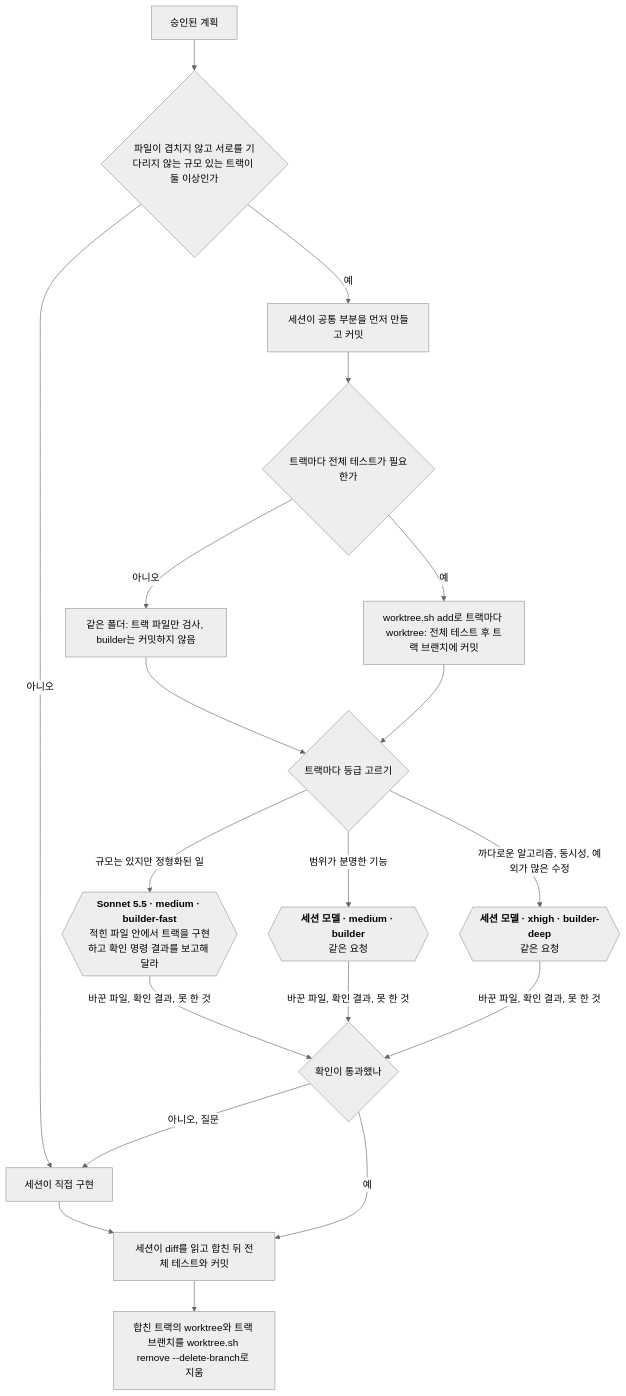
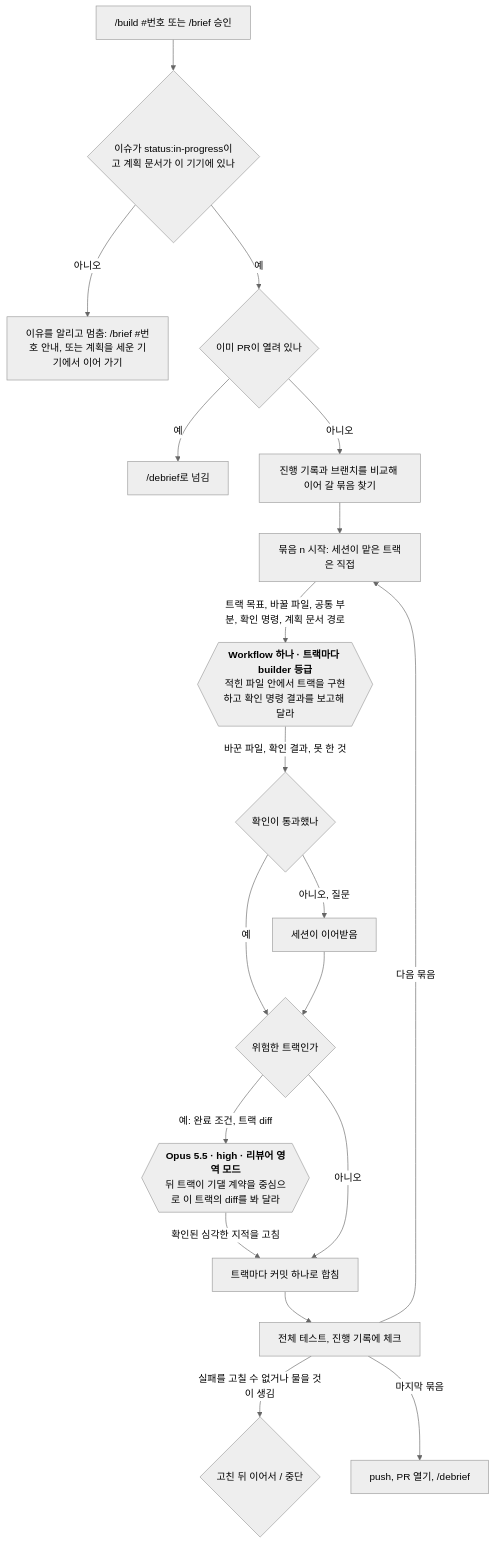
The sixth of 8 diagrams in docs/system/flows.md (dincal/agent_logbook), drawn with Mermaid (neutral theme) before and after one commit. The commit also changed other lines of this file and 8 other files, not shown here.

````diff
--- a/docs/system/flows.md
+++ b/docs/system/flows.md
@@ -154,21 +167,23 @@
 ```mermaid
 flowchart TD
-  P["승인된 계획"] --> Q{"파일이 겹치지 않고 서로를 기다리지 않는 규모 있는 트랙이 둘 이상인가"}
-  Q -->|"아니오"| M["세션이 직접 구현"]
-  Q -->|"예"| S["세션이 공통 부분을 먼저 만들고 커밋"]
-  S --> WT{"트랙마다 전체 테스트가 필요한가"}
-  WT -->|"아니오"| SH["같은 폴더: 트랙 파일만 검사, builder는 커밋하지 않음"] --> E
-  WT -->|"예"| OW["worktree.sh add로 트랙마다 worktree: 전체 테스트 후 트랙 브랜치에 커밋"] --> E
-  E{"트랙마다 등급 고르기"}
-  E -->|"규모는 있지만 정형화된 일"| B1{{"`**Sonnet 5.5 · medium · builder-fast**
+  ST["/build #번호 또는 /brief 승인"] --> CK{"이슈가 status:in-progress이고 계획 문서가 이 기기에 있나"}
+  CK -->|"아니오"| STOP["이유를 알리고 멈춤: /brief #번호 안내, 또는 계획을 세운 기기에서 이어 가기"]
+  CK -->|"예"| WH{"이미 PR이 열려 있나"}
+  WH -->|"예"| DBR["/debrief로 넘김"]
+  WH -->|"아니오"| RS["진행 기록과 브랜치를 비교해 이어 갈 묶음 찾기"]
+  RS --> W["묶음 n 시작: 세션이 맡은 트랙은 직접"]
+  W -->|"트랙 목표, 바꿀 파일, 공통 부분, 확인 명령, 계획 문서 경로"| WF{{"`**Workflow 하나 · 트랙마다 builder 등급**
   적힌 파일 안에서 트랙을 구현하고 확인 명령 결과를 보고해 달라`"}}
-  E -->|"범위가 분명한 기능"| B2{{"`**세션 모델 · medium · builder**
-  같은 요청`"}}
-  E -->|"까다로운 알고리즘, 동시성, 예외가 많은 수정"| B3{{"`**세션 모델 · xhigh · builder-deep**
-  같은 요청`"}}
-  B1 & B2 & B3 -->|"바꾼 파일, 확인 결과, 못 한 것"| C{"확인이 통과했나"}
-  C -->|"아니오, 질문"| M
-  C -->|"예"| K["세션이 diff를 읽고 합친 뒤 전체 테스트와 커밋"]
-  M --> K
-  K --> RM["합친 트랙의 worktree와 트랙 브랜치를 worktree.sh remove --delete-branch로 지움"]
+  WF -->|"바꾼 파일, 확인 결과, 못 한 것"| OK{"확인이 통과했나"}
+  OK -->|"아니오, 질문"| TK["세션이 이어받음"]
+  OK -->|"예"| RK{"위험한 트랙인가"}
+  TK --> RK
+  RK -->|"예: 완료 조건, 트랙 diff"| RV{{"`**Opus 5.5 · high · 리뷰어 영역 모드**
+  뒤 트랙이 기댈 계약을 중심으로 이 트랙의 diff를 봐 달라`"}}
+  RV -->|"확인된 심각한 지적을 고침"| CM["트랙마다 커밋 하나로 합침"]
+  RK -->|"아니오"| CM
+  CM --> T["전체 테스트, 진행 기록에 체크"]
+  T -->|"실패를 고칠 수 없거나 물을 것이 생김"| Q{"고친 뒤 이어서 / 중단"}
+  T -->|"다음 묶음"| W
+  T -->|"마지막 묶음"| PR["push, PR 열기, /debrief"]
 ```
````
